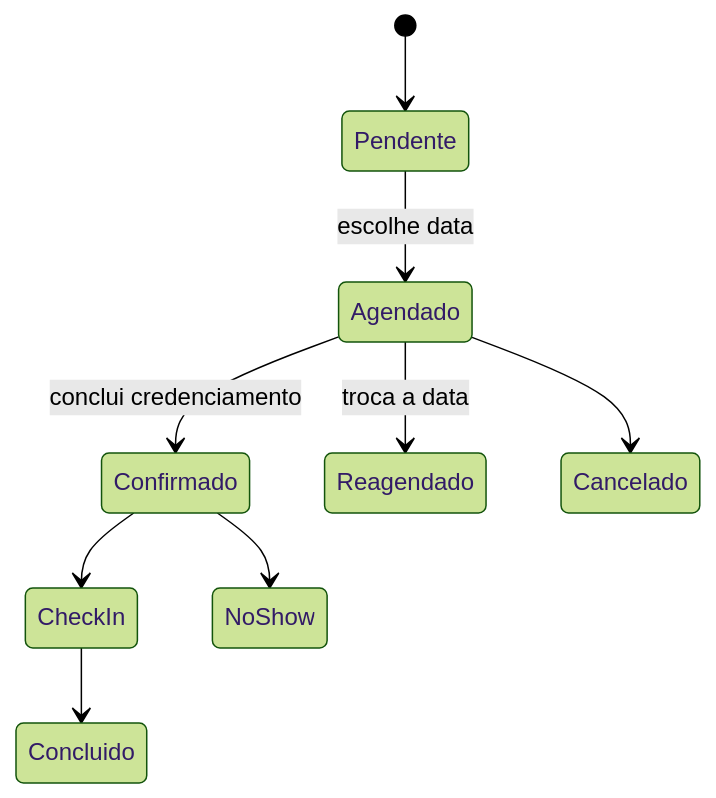
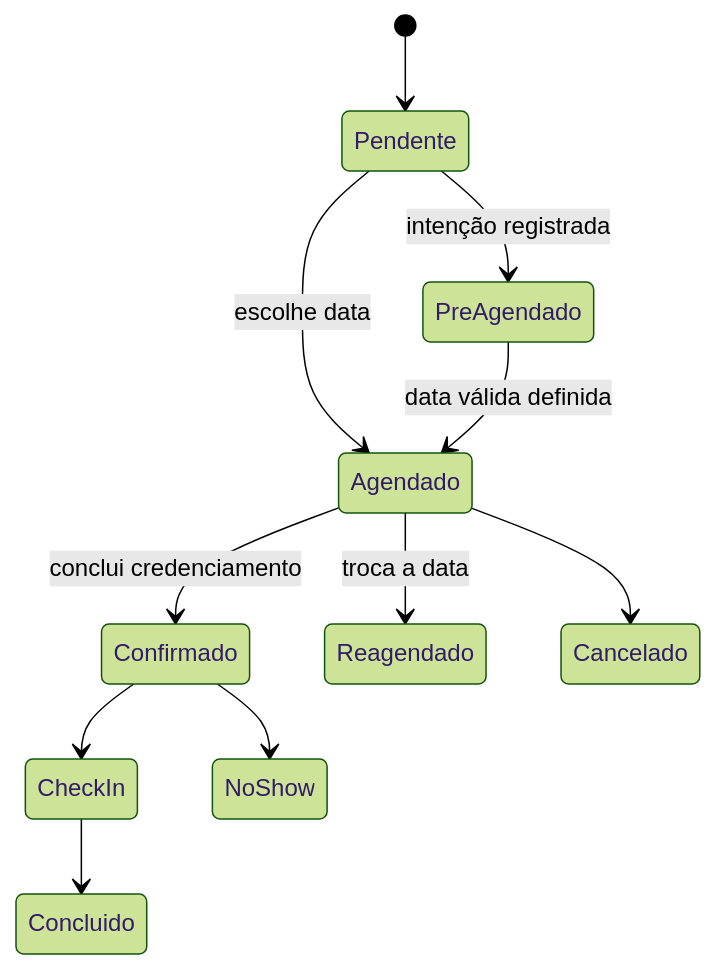
The diagram in docs/obsidian/03 - Dominios/Eventos e Agendamentos.md (ever-sync/PainelGRID), drawn with Mermaid (forest theme) before and after one commit. The commit also changed other lines of this file and 68 other files, not shown here.

````diff
--- a/docs/obsidian/03 - Dominios/Eventos e Agendamentos.md
+++ b/docs/obsidian/03 - Dominios/Eventos e Agendamentos.md
@@ -23,11 +34,13 @@
 ```mermaid
 stateDiagram-v2
   [*] --> Pendente
   Pendente --> Agendado: escolhe data
+  Pendente --> PreAgendado: intenção registrada
+  PreAgendado --> Agendado: data válida definida
   Agendado --> Confirmado: conclui credenciamento
   Agendado --> Reagendado: troca a data
   Agendado --> Cancelado
   Confirmado --> CheckIn
   CheckIn --> Concluido
   Confirmado --> NoShow
 ```
````
